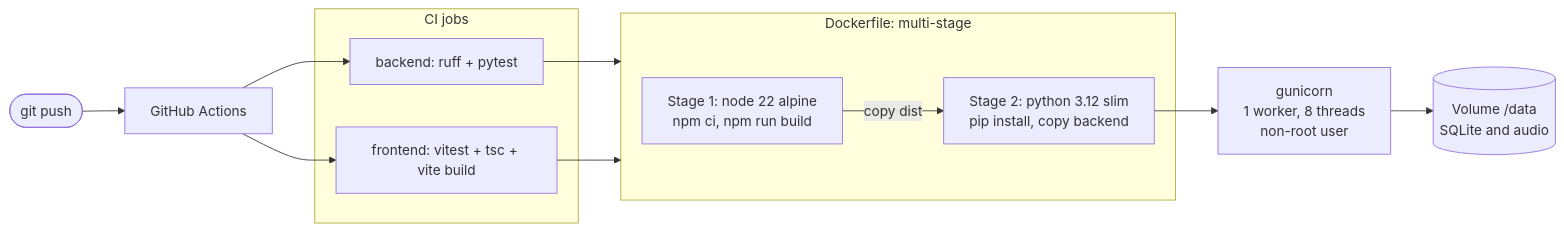
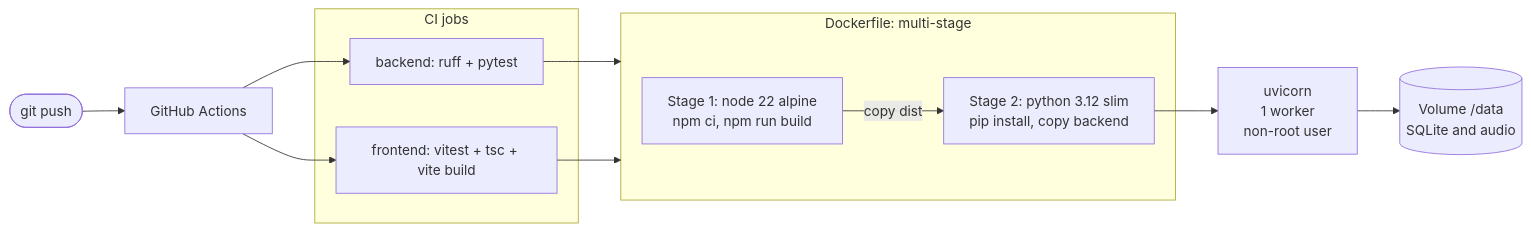
One commit to Kaifkhurshid7/classmind-ai changed the eighth of 9 diagrams in README.md. Above: the diagram before and after it, drawn with Mermaid. The commit also changed other lines of this file and 5 other files, not shown here.

````diff
--- a/README.md
+++ b/README.md
@@ -317,22 +317,22 @@
 ```mermaid
 flowchart LR
     Push(["git push"]) --> CI["GitHub Actions"]
 
     subgraph CI_Jobs["CI jobs"]
         J1["backend: ruff + pytest"]
         J2["frontend: vitest + tsc + vite build"]
     end
     CI --> J1
     CI --> J2
 
     subgraph Docker["Dockerfile: multi-stage"]
         S1["Stage 1: node 22 alpine<br/>npm ci, npm run build"]
         S2["Stage 2: python 3.12 slim<br/>pip install, copy backend"]
         S1 -->|"copy dist"| S2
     end
 
     J1 --> Docker
     J2 --> Docker
-    S2 --> Run["gunicorn<br/>1 worker, 8 threads<br/>non-root user"]
+    S2 --> Run["uvicorn<br/>1 worker<br/>non-root user"]
     Run --> Vol[("Volume /data<br/>SQLite and audio")]
 ```
````
